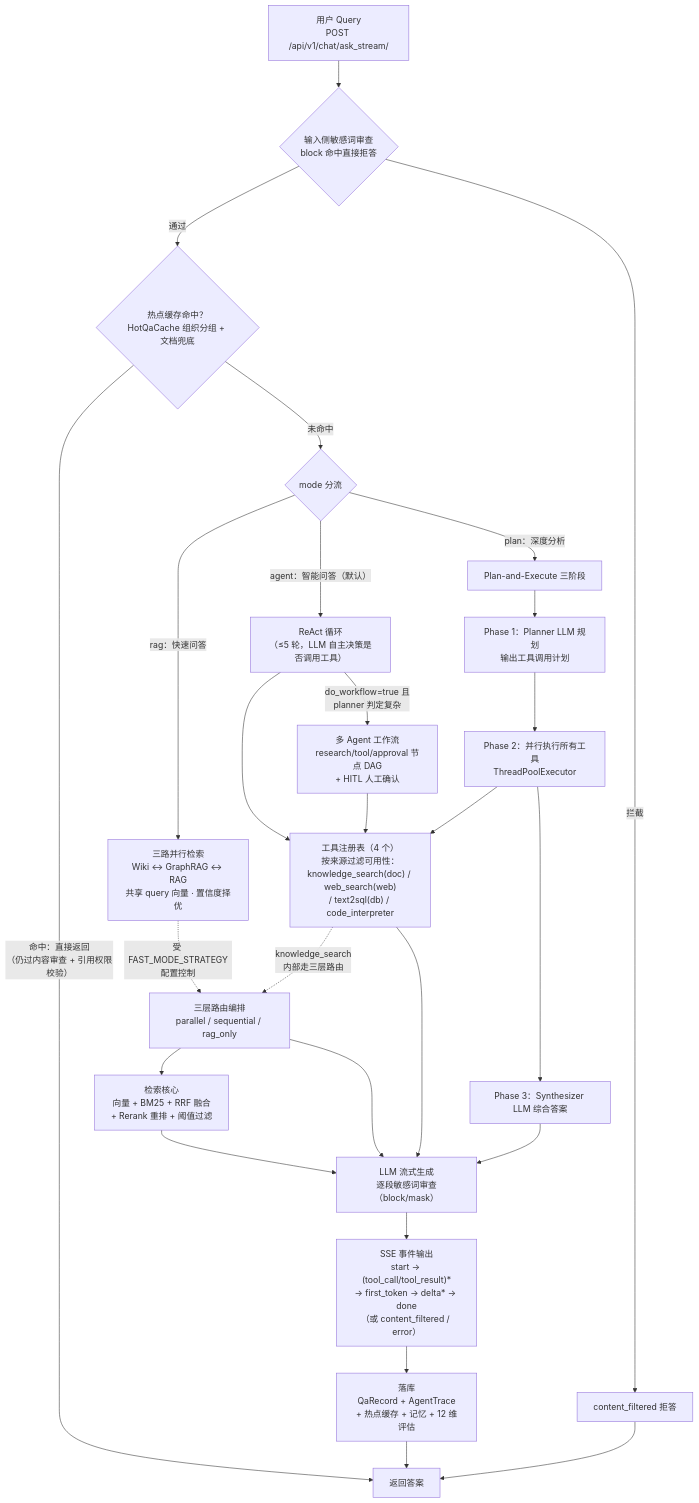
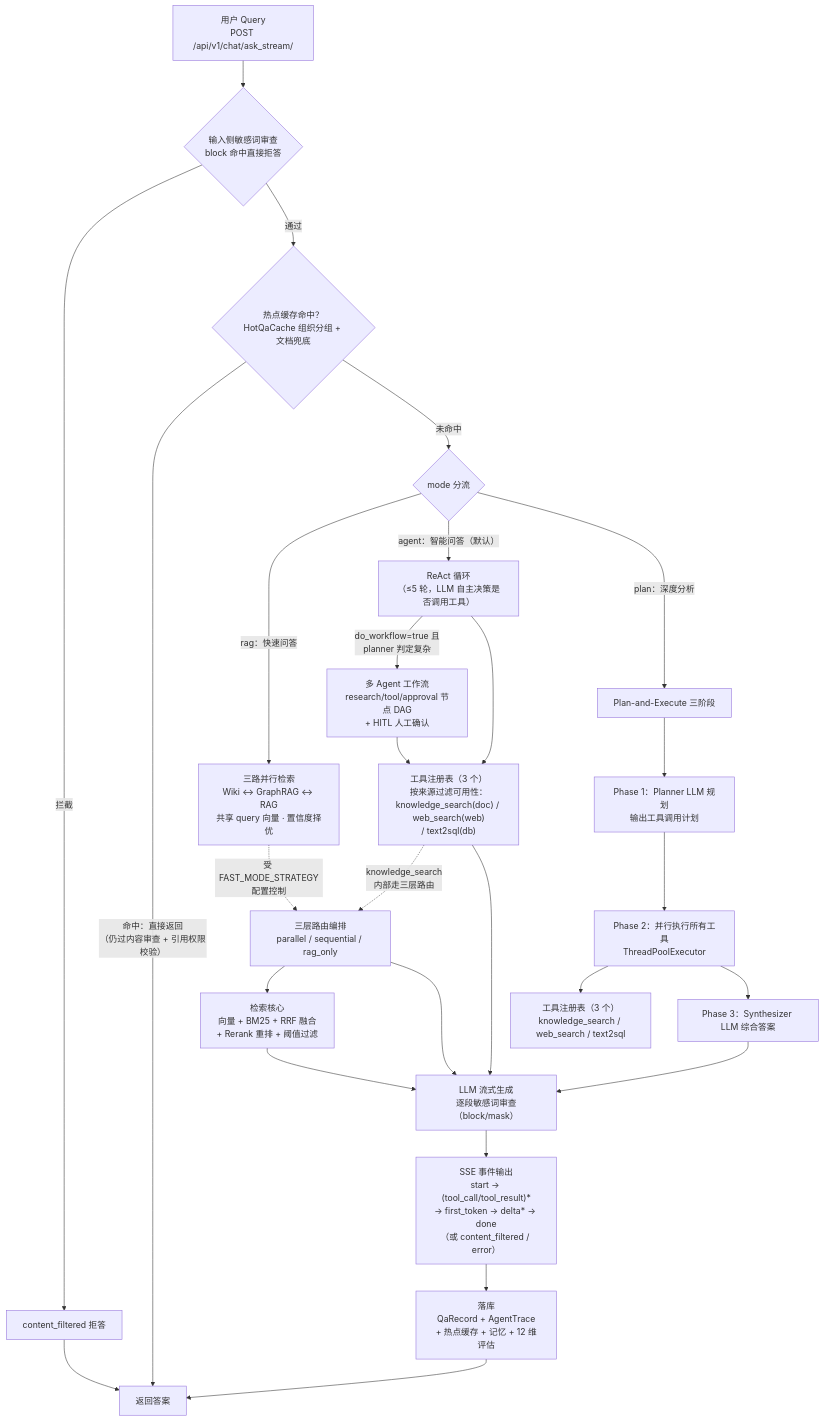
Before and after one commit to caoyang728/rag: the diagram in README.md, drawn with Mermaid. The commit also changed other lines of this file and 2 other files, not shown here.

````diff
--- a/README.md
+++ b/README.md
@@ -48,34 +48,34 @@
 ```mermaid
 flowchart TD
     Q["用户 Query<br/>POST /api/v1/chat/ask_stream/"] --> IN{"输入侧敏感词审查<br/>block 命中直接拒答"}
     IN -->|"拦截"| F["content_filtered 拒答"]
     IN -->|"通过"| CACHE{"热点缓存命中？<br/>HotQaCache 组织分组 + 文档兜底"}
     CACHE -->|"命中：直接返回<br/>（仍过内容审查 + 引用权限校验）"| DONE["返回答案"]
     CACHE -->|"未命中"| MODE{"mode 分流"}
 
     MODE -->|"rag：快速问答"| RAG_FAST["三路并行检索<br/>Wiki ↔ GraphRAG ↔ RAG<br/>共享 query 向量 · 置信度择优"]
     MODE -->|"agent：智能问答（默认）"| REACT["ReAct 循环<br/>（≤5 轮，LLM 自主决策是否调用工具）"]
     MODE -->|"plan：深度分析"| PLAN["Plan-and-Execute 三阶段"]
 
     REACT -->|"do_workflow=true 且<br/>planner 判定复杂"| WF["多 Agent 工作流<br/>research/tool/approval 节点 DAG<br/>+ HITL 人工确认"]
-    REACT --> TOOLS["工具注册表（4 个）<br/>按来源过滤可用性：<br/>knowledge_search(doc) / web_search(web)<br/>/ text2sql(db) / code_interpreter"]
+    REACT --> TOOLS["工具注册表（3 个）<br/>按来源过滤可用性：<br/>knowledge_search(doc) / web_search(web)<br/>/ text2sql(db)"]
     WF --> TOOLS
 
     PLAN --> PLANNER["Phase 1：Planner LLM 规划<br/>输出工具调用计划"]
     PLANNER --> PARALLEL["Phase 2：并行执行所有工具<br/>ThreadPoolExecutor"]
-    PARALLEL --> TOOLS
+    PARALLEL --> TOOLS2["工具注册表（3 个）<br/>knowledge_search / web_search / text2sql"]
     PARALLEL --> SYNTH["Phase 3：Synthesizer LLM 综合答案"]
 
     RAG_FAST -.->|"受 FAST_MODE_STRATEGY<br/>配置控制"| ORCHESTRATE["三层路由编排<br/>parallel / sequential / rag_only"]
     ORCHESTRATE --> CORE["检索核心<br/>向量 + BM25 + RRF 融合<br/>+ Rerank 重排 + 阈值过滤"]
     TOOLS -.->|"knowledge_search<br/>内部走三层路由"| ORCHESTRATE
 
     CORE --> GEN["LLM 流式生成<br/>逐段敏感词审查（block/mask）"]
     ORCHESTRATE --> GEN
     TOOLS --> GEN
     SYNTH --> GEN
     GEN --> SSE["SSE 事件输出<br/>start → (tool_call/tool_result)*<br/>→ first_token → delta* → done<br/>（或 content_filtered / error）"]
     SSE --> PERSIST["落库<br/>QaRecord + AgentTrace<br/>+ 热点缓存 + 记忆 + 12 维评估"]
     PERSIST --> DONE
     F --> DONE
 ```
````
